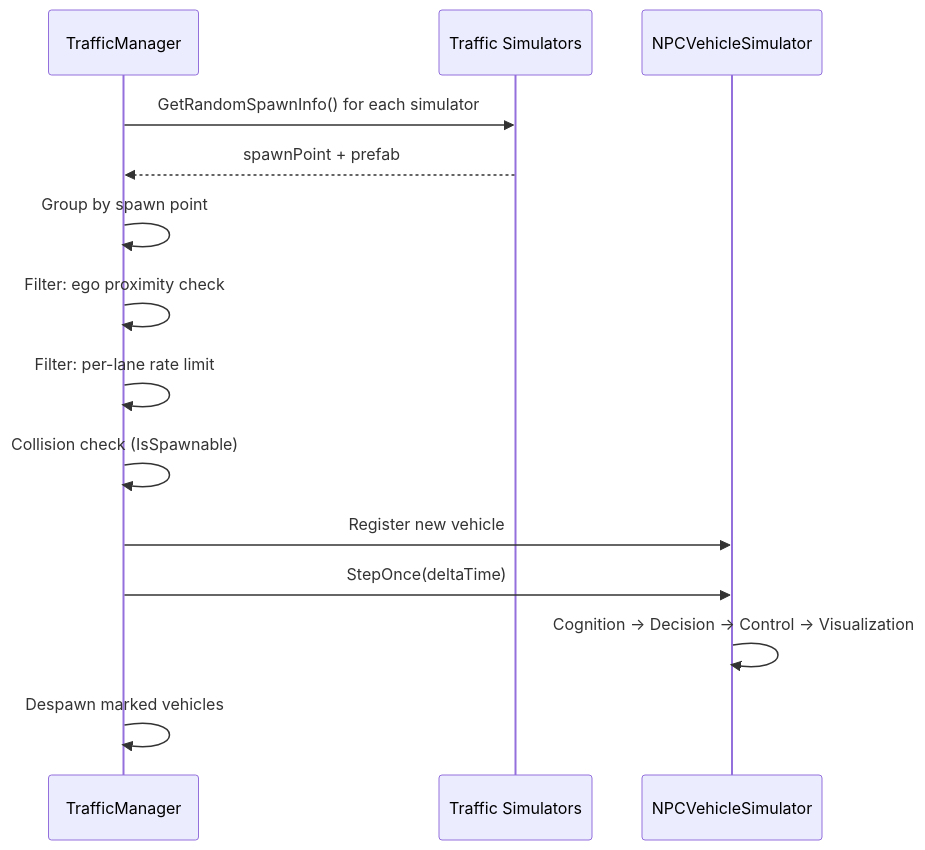
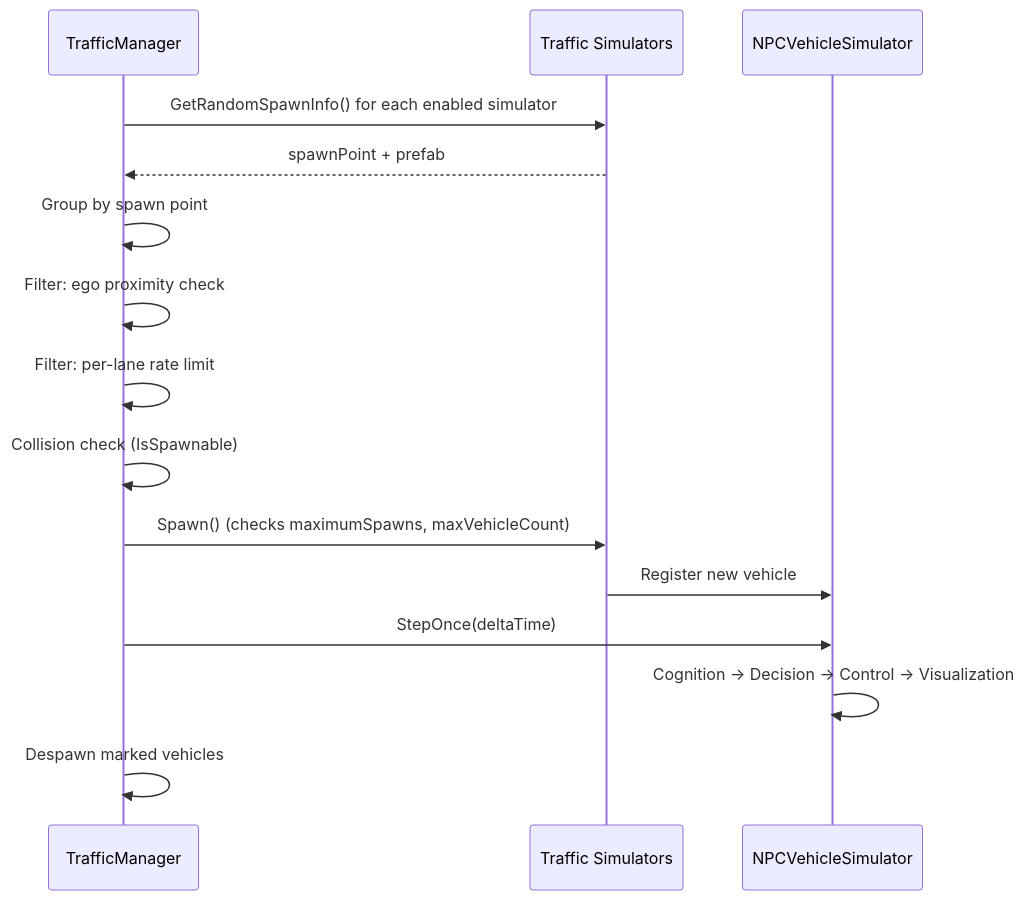
One commit to tlab-wide/V2X_E2E_Simulator changed the third of 5 diagrams in docs/Components/TrafficManager/index.md. Above: the diagram before and after it, drawn with Mermaid. The commit also changed other lines of this file and 21 other files, not shown here.

````diff
--- a/docs/Components/TrafficManager/index.md
+++ b/docs/Components/TrafficManager/index.md
@@ -163,17 +193,18 @@
 ```mermaid
 sequenceDiagram
     participant TM as TrafficManager
     participant TS as Traffic Simulators
     participant NS as NPCVehicleSimulator
 
-    TM->>TS: GetRandomSpawnInfo() for each simulator
+    TM->>TS: GetRandomSpawnInfo() for each enabled simulator
     TS-->>TM: spawnPoint + prefab
     TM->>TM: Group by spawn point
     TM->>TM: Filter: ego proximity check
     TM->>TM: Filter: per-lane rate limit
     TM->>TM: Collision check (IsSpawnable)
-    TM->>NS: Register new vehicle
+    TM->>TS: Spawn() (checks maximumSpawns, maxVehicleCount)
+    TS->>NS: Register new vehicle
     TM->>NS: StepOnce(deltaTime)
     NS->>NS: Cognition → Decision → Control → Visualization
     TM->>TM: Despawn marked vehicles
 ```
````
